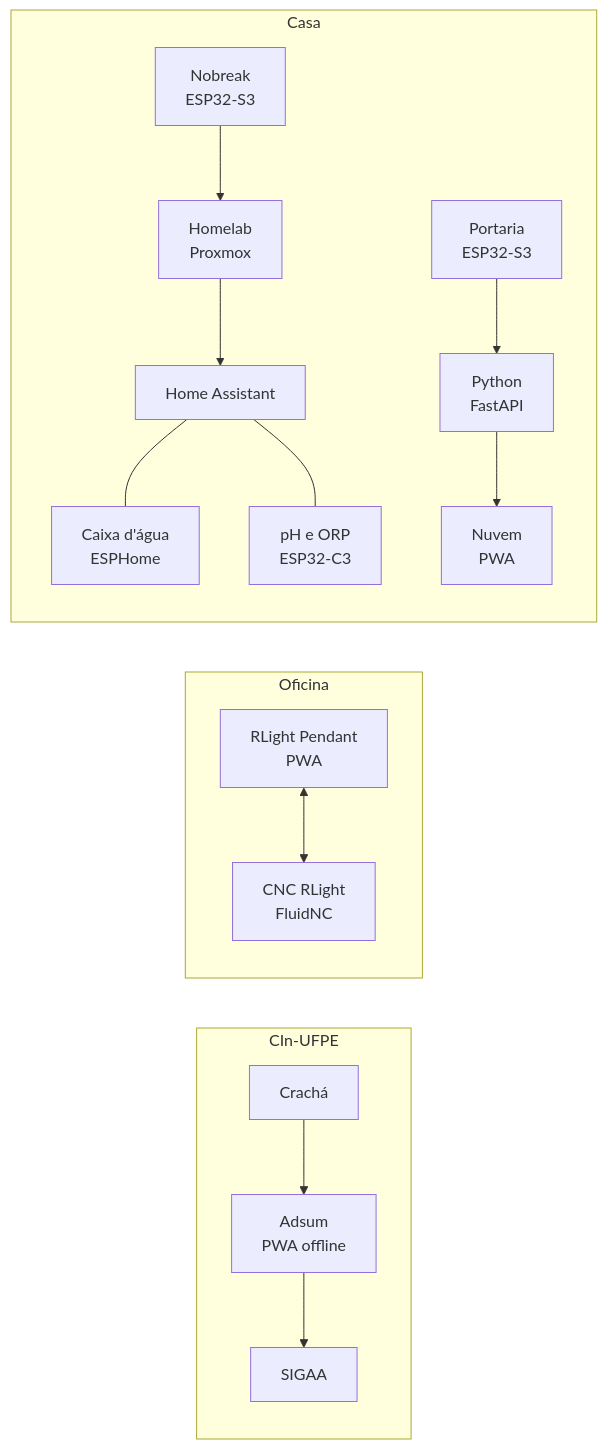
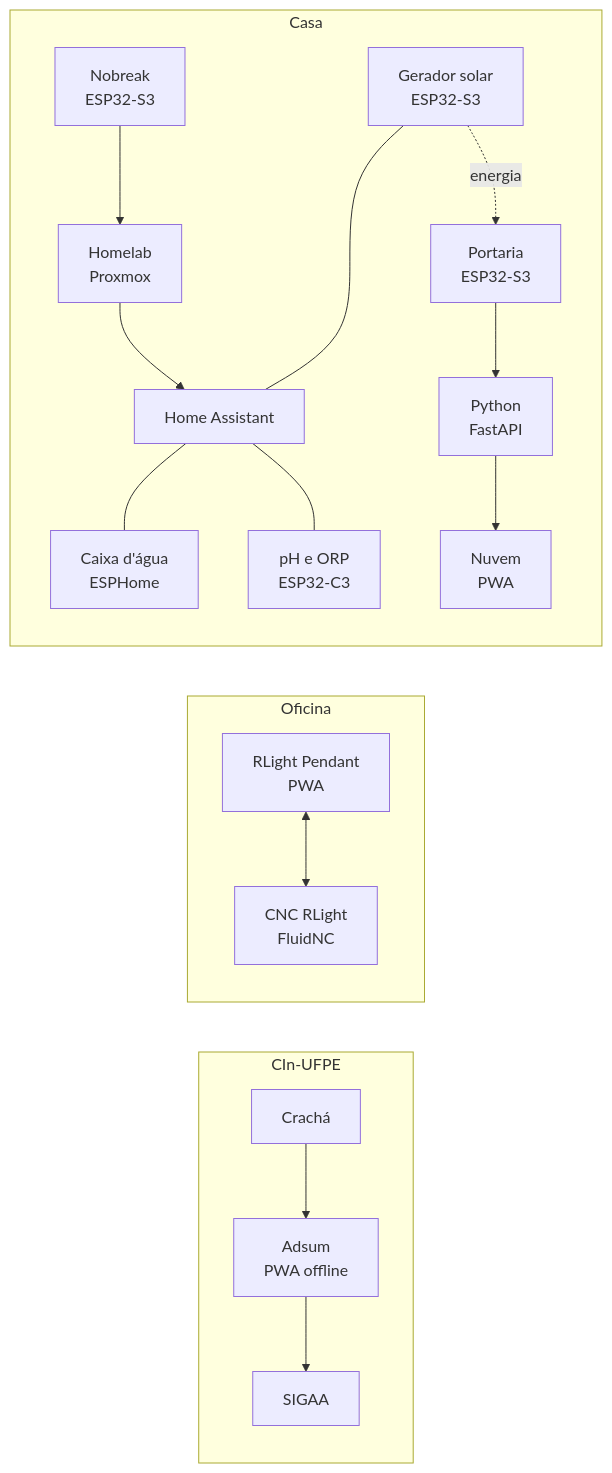
Before and after one commit to willianrupert/willianrupert: the diagram in README.md, drawn with Mermaid. The commit also changed other lines of this file, not shown here.

Commit message:
Gerador solar na tabela de hardware e no mapa

````diff
--- a/README.md
+++ b/README.md
@@ -189,15 +190,17 @@
 ```mermaid
 flowchart LR
   subgraph cin["CIn-UFPE"]
     cr["Crachá"] --> ad["Adsum<br/>PWA offline"] --> sg["SIGAA"]
   end
   subgraph oficina["Oficina"]
     pd["RLight Pendant<br/>PWA"] <--> cnc["CNC RLight<br/>FluidNC"]
   end
   subgraph casa["Casa"]
     nb["Nobreak<br/>ESP32-S3"] --> px["Homelab<br/>Proxmox"] --> ha["Home Assistant"]
     ha --- cx["Caixa d'água<br/>ESPHome"]
     ha --- ph["pH e ORP<br/>ESP32-C3"]
+    sol["Gerador solar<br/>ESP32-S3"] --- ha
+    sol -. energia .-> hub
     hub["Portaria<br/>ESP32-S3"] --> py["Python<br/>FastAPI"] --> nv["Nuvem<br/>PWA"]
   end
 ```
````
